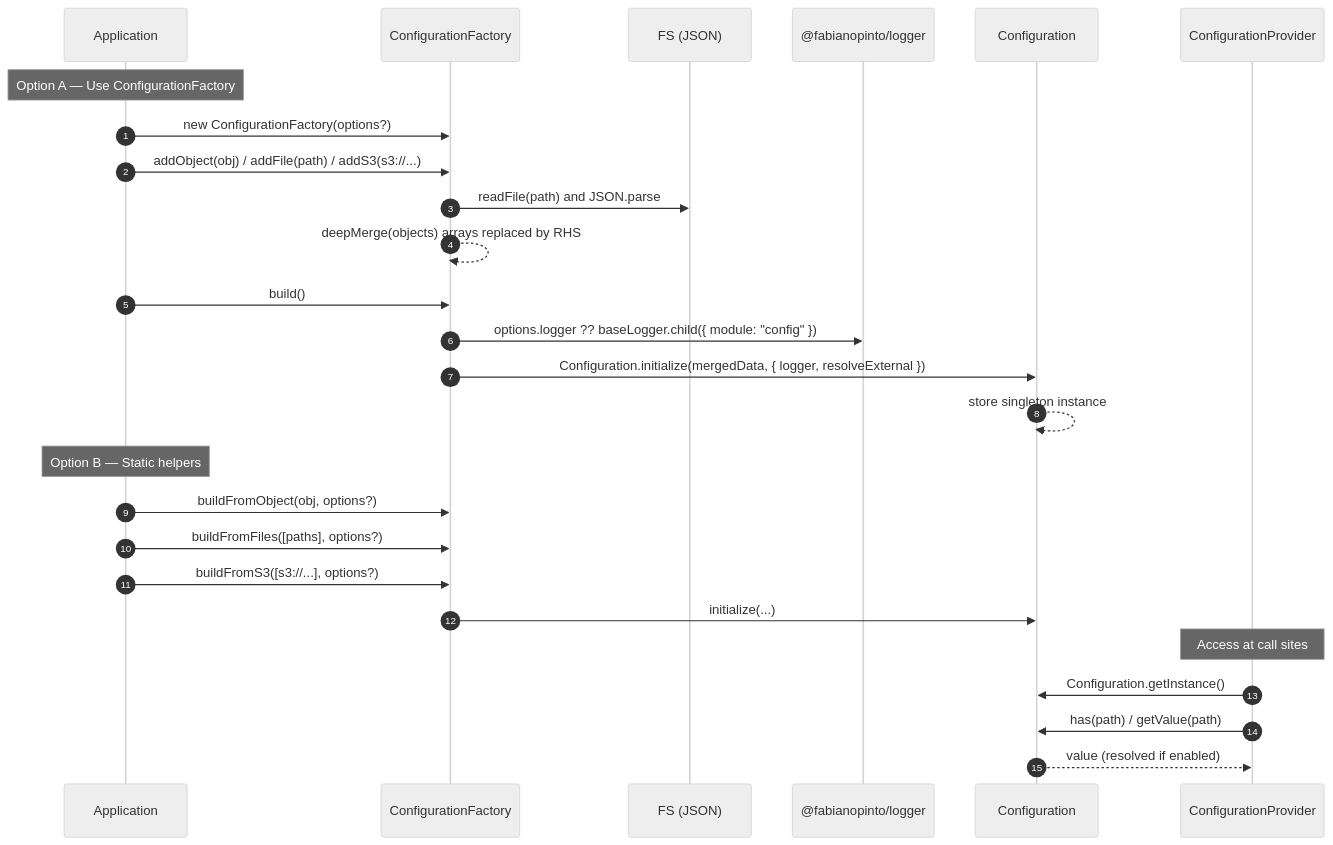
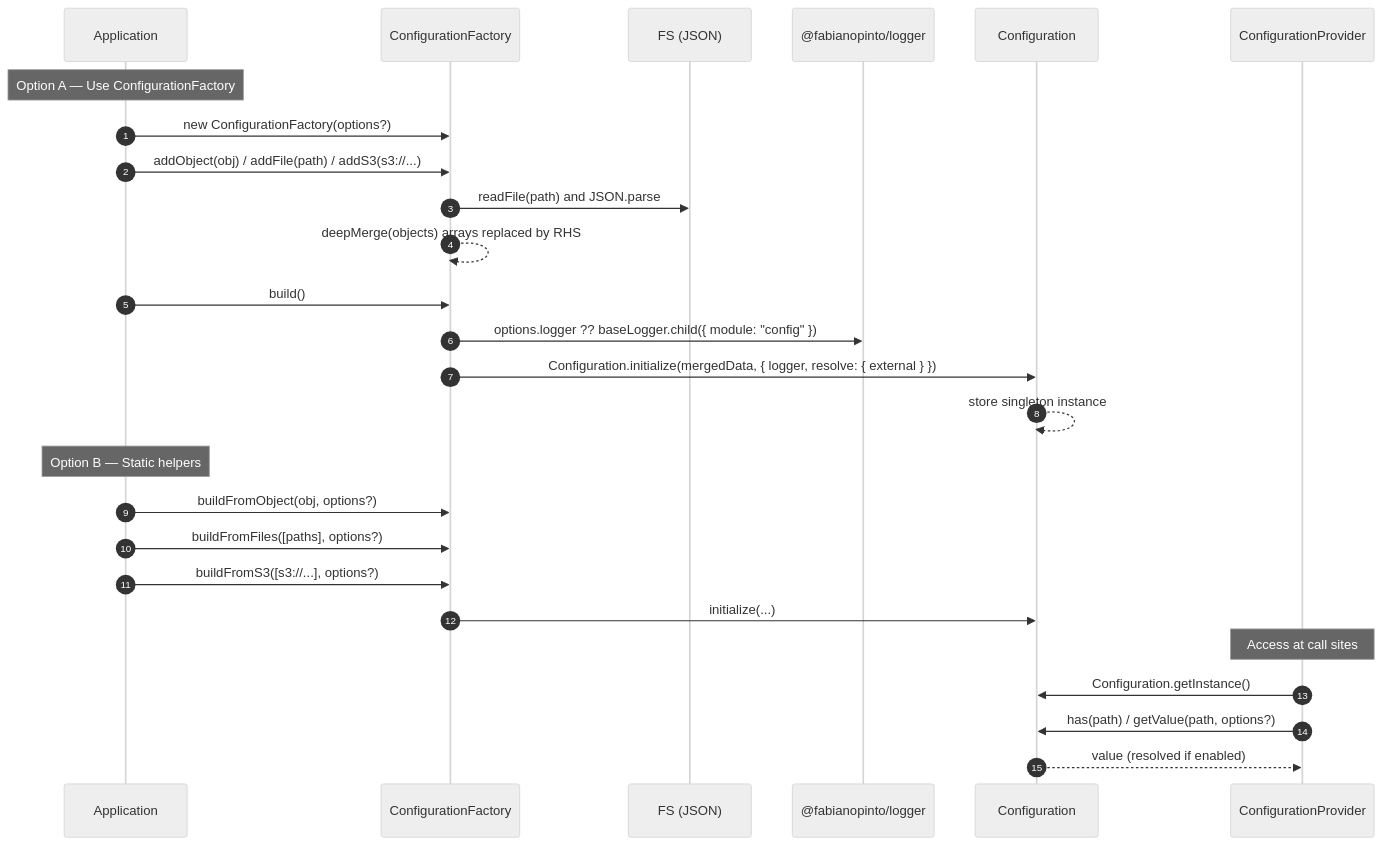
The second of 3 diagrams in packages/config/README.md (fabianopinto/ts-common), drawn with Mermaid (neutral theme) before and after one commit. The commit also changed other lines of this file, not shown here.

Commit message:
feat: add per-call resolution options and SSM decryption control

````diff
--- a/packages/config/README.md
+++ b/packages/config/README.md
@@ -253,31 +261,31 @@
 ```mermaid
 sequenceDiagram
   autonumber
   participant App as Application
   participant Factory as ConfigurationFactory
   participant FS as FS (JSON)
   participant Logger as @fabianopinto/logger
   participant Config as Configuration
   participant Provider as ConfigurationProvider
 
   Note over App: Option A — Use ConfigurationFactory
   App->>Factory: new ConfigurationFactory(options?)
   App->>Factory: addObject(obj) / addFile(path) / addS3(s3://...)
   Factory->>FS: readFile(path) and JSON.parse
   Factory-->>Factory: deepMerge(objects) arrays replaced by RHS
   App->>Factory: build()
   Factory->>Logger: options.logger ?? baseLogger.child({ module: "config" })
-  Factory->>Config: Configuration.initialize(mergedData, { logger, resolveExternal })
+  Factory->>Config: Configuration.initialize(mergedData, { logger, resolve: { external } })
   Config-->>Config: store singleton instance
 
   Note over App: Option B — Static helpers
   App->>Factory: buildFromObject(obj, options?)
   App->>Factory: buildFromFiles([paths], options?)
   App->>Factory: buildFromS3([s3://...], options?)
   Factory->>Config: initialize(...)
 
   Note over Provider: Access at call sites
   Provider->>Config: Configuration.getInstance()
-  Provider->>Config: has(path) / getValue(path)
+  Provider->>Config: has(path) / getValue(path, options?)
   Config-->>Provider: value (resolved if enabled)
 ```
````
